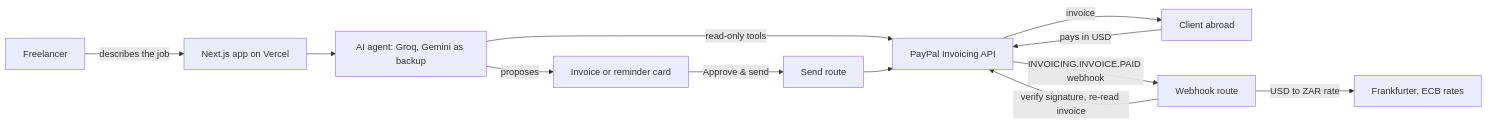
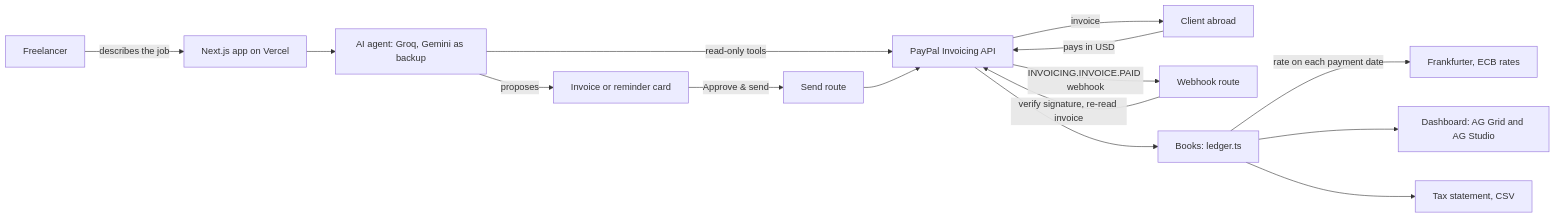
The diagram in README.md (lindani11/crossbill-agent), drawn with Mermaid before and after one commit. The commit also changed other lines of this file and 23 other files, not shown here.

First line of the commit message:
Add local-currency books and tax statements

````diff
--- a/README.md
+++ b/README.md
@@ -48,13 +58,16 @@
 ```mermaid
 flowchart LR
   F[Freelancer] -->|describes the job| A[Next.js app on Vercel]
   A --> G[AI agent: Groq, Gemini as backup]
   G -->|read-only tools| P[PayPal Invoicing API]
   G -->|proposes| C[Invoice or reminder card]
   C -->|Approve & send| S[Send route] --> P
   P -->|invoice| K[Client abroad]
   K -->|pays in USD| P
   P -->|INVOICING.INVOICE.PAID webhook| W[Webhook route]
   W -->|verify signature, re-read invoice| P
-  W -->|USD to ZAR rate| X[Frankfurter, ECB rates]
+  P --> L[Books: ledger.ts]
+  L -->|rate on each payment date| X[Frankfurter, ECB rates]
+  L --> D[Dashboard: AG Grid and AG Studio]
+  L --> T[Tax statement, CSV]
 ```
````
